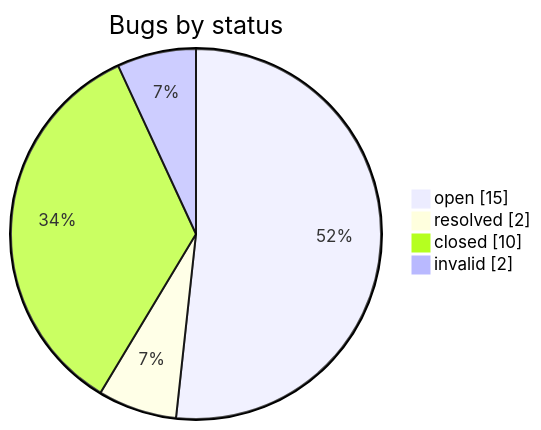
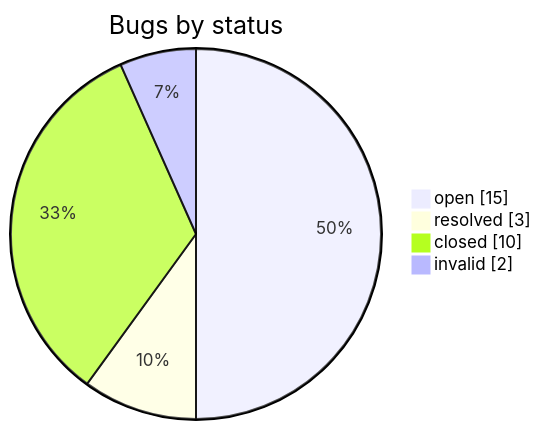
The second of 2 diagrams in STATUS.md (iammaxsu/automatic-testing-architecture), drawn with Mermaid before and after one commit. The commit also changed other lines of this file and 4 other files, not shown here.

````diff
--- a/STATUS.md
+++ b/STATUS.md
@@ -163,7 +163,7 @@
 ```mermaid
 pie showData title Bugs by status
     "open" : 15
-    "resolved" : 2
+    "resolved" : 3
     "closed" : 10
     "invalid" : 2
 ```
````
